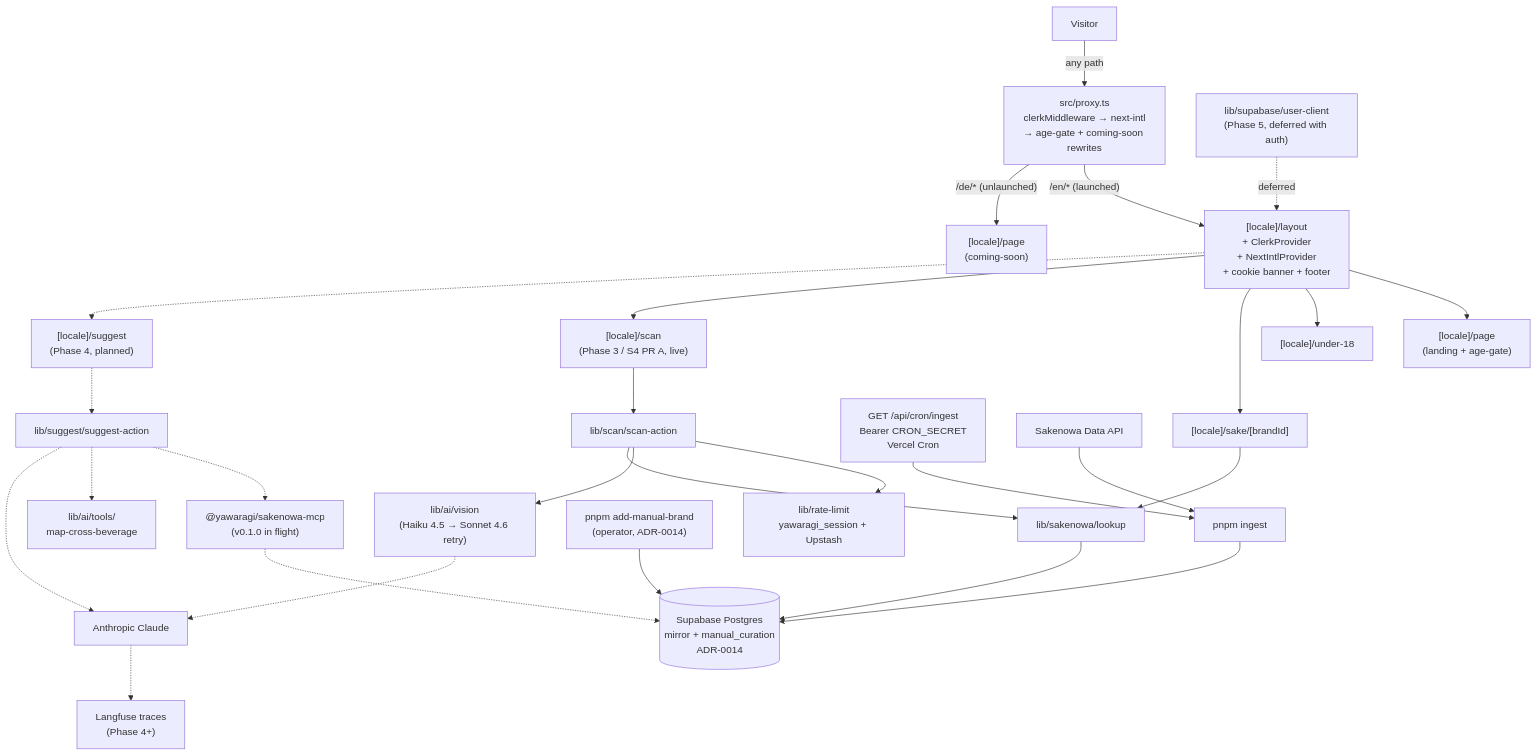
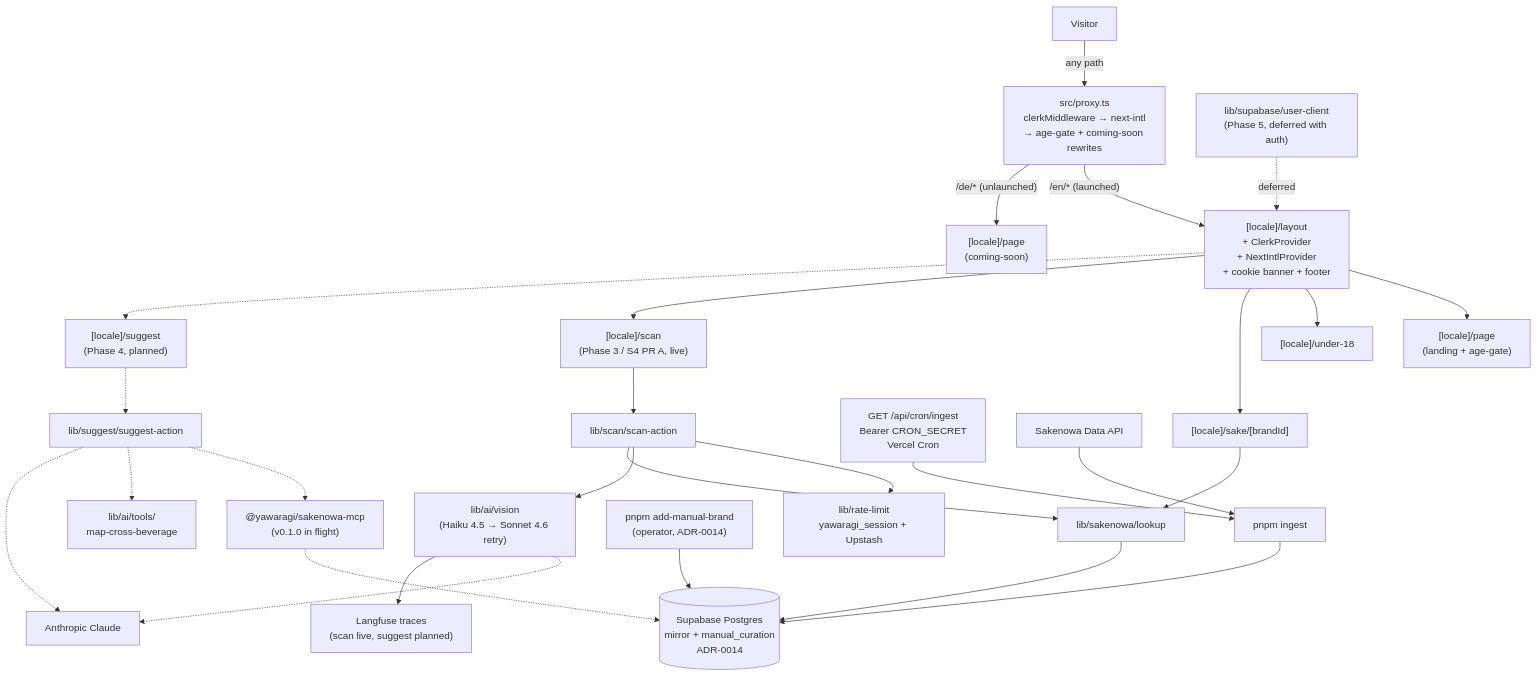
The diagram in README.md (yawaragi-dev/yawaragi), drawn with Mermaid before and after one commit.

Commit message:
docs(readme): flip Langfuse trace edge to solid for Vision path
Self-review on #147 flagged the architecture diagram as understating
Langfuse's status: after this PR, the Vision/scan path is genuinely
Langfuse-traced (via tracedGenerateObject inside the Anthropic Haiku
provider). The "Phase 4+" label + dotted Anthropic→Trace edge no
longer reflect reality for scan.

Cleaner: the trace originates at the AI SDK call site (Vision), not
Anthropic itself. Edge is now Vision→Trace solid, with the Trace
node label distinguishing scan (live) from suggest (planned).

````diff
--- a/README.md
+++ b/README.md
@@ -37,29 +37,29 @@
 ```mermaid
 flowchart TD
   V[Visitor] -->|"any path"| P["src/proxy.ts<br/>clerkMiddleware → next-intl<br/>→ age-gate + coming-soon rewrites"]
   P -->|"/en/* (launched)"| LL["[locale]/layout<br/>+ ClerkProvider<br/>+ NextIntlProvider<br/>+ cookie banner + footer"]
   P -->|"/de/* (unlaunched)"| CS["[locale]/page<br/>(coming-soon)"]
   LL --> Landing["[locale]/page<br/>(landing + age-gate)"]
   LL --> Under18["[locale]/under-18"]
   LL --> Sake["[locale]/sake/[brandId]"]
   LL --> Scan["[locale]/scan<br/>(Phase 3 / S4 PR A, live)"]
   Scan --> ScanAction["lib/scan/scan-action"]
   ScanAction --> RateLimit["lib/rate-limit<br/>yawaragi_session + Upstash"]
   ScanAction --> Vision["lib/ai/vision<br/>(Haiku 4.5 → Sonnet 4.6 retry)"]
   ScanAction --> Lookup
   Sake --> Lookup["lib/sakenowa/lookup"]
   Lookup --> DB[("Supabase Postgres<br/>mirror + manual_curation<br/>ADR-0014")]
   Ingest["pnpm ingest"] --> DB
   Manual["pnpm add-manual-brand<br/>(operator, ADR-0014)"] --> DB
   CronRoute["GET /api/cron/ingest<br/>Bearer CRON_SECRET<br/>Vercel Cron"] --> Ingest
   Sakenowa["Sakenowa Data API"] --> Ingest
   LL -.-> Suggest["[locale]/suggest<br/>(Phase 4, planned)"]
   Suggest -.-> SuggestAction["lib/suggest/suggest-action"]
   SuggestAction -.-> MCP["@yawaragi/sakenowa-mcp<br/>(v0.1.0 in flight)"]
   SuggestAction -.-> CrossBev["lib/ai/tools/<br/>map-cross-beverage"]
   SuggestAction -.-> Anthropic
   Vision -.-> Anthropic["Anthropic Claude"]
   MCP -.-> DB
-  Anthropic -.-> Trace["Langfuse traces<br/>(Phase 4+)"]
+  Vision --> Trace["Langfuse traces<br/>(scan live, suggest planned)"]
   UC["lib/supabase/user-client<br/>(Phase 5, deferred with auth)"] -.->|"deferred"| LL
 ```
````
